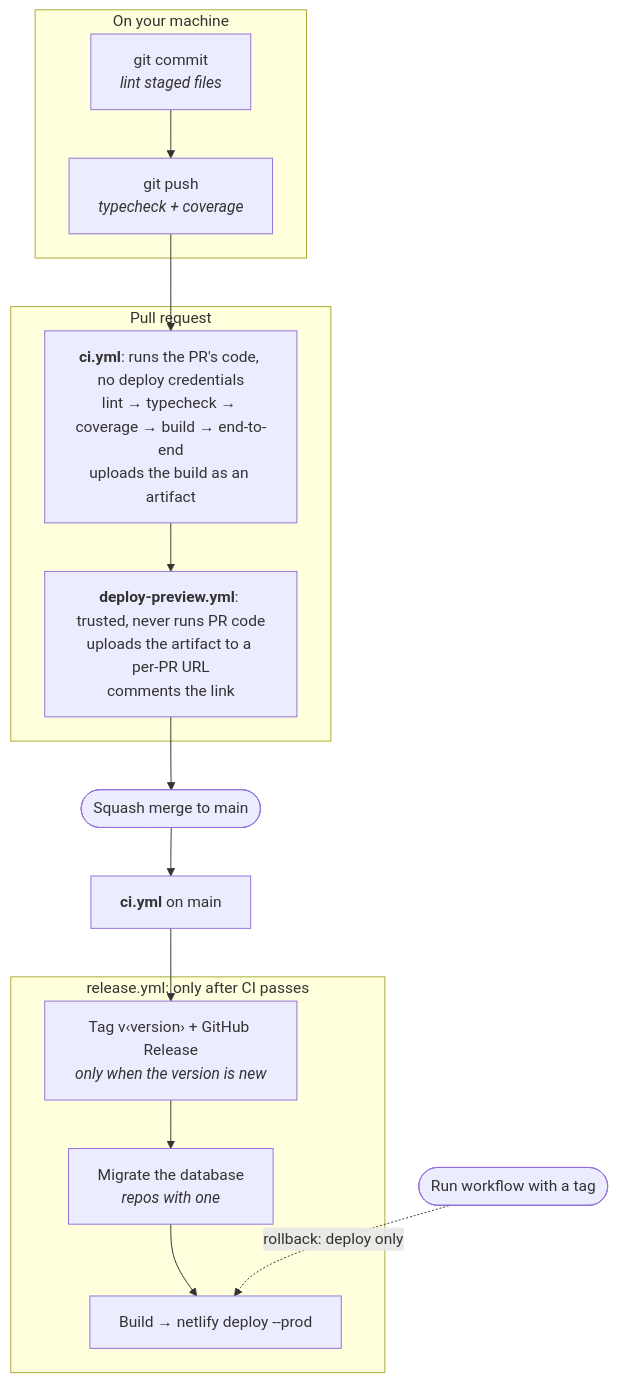
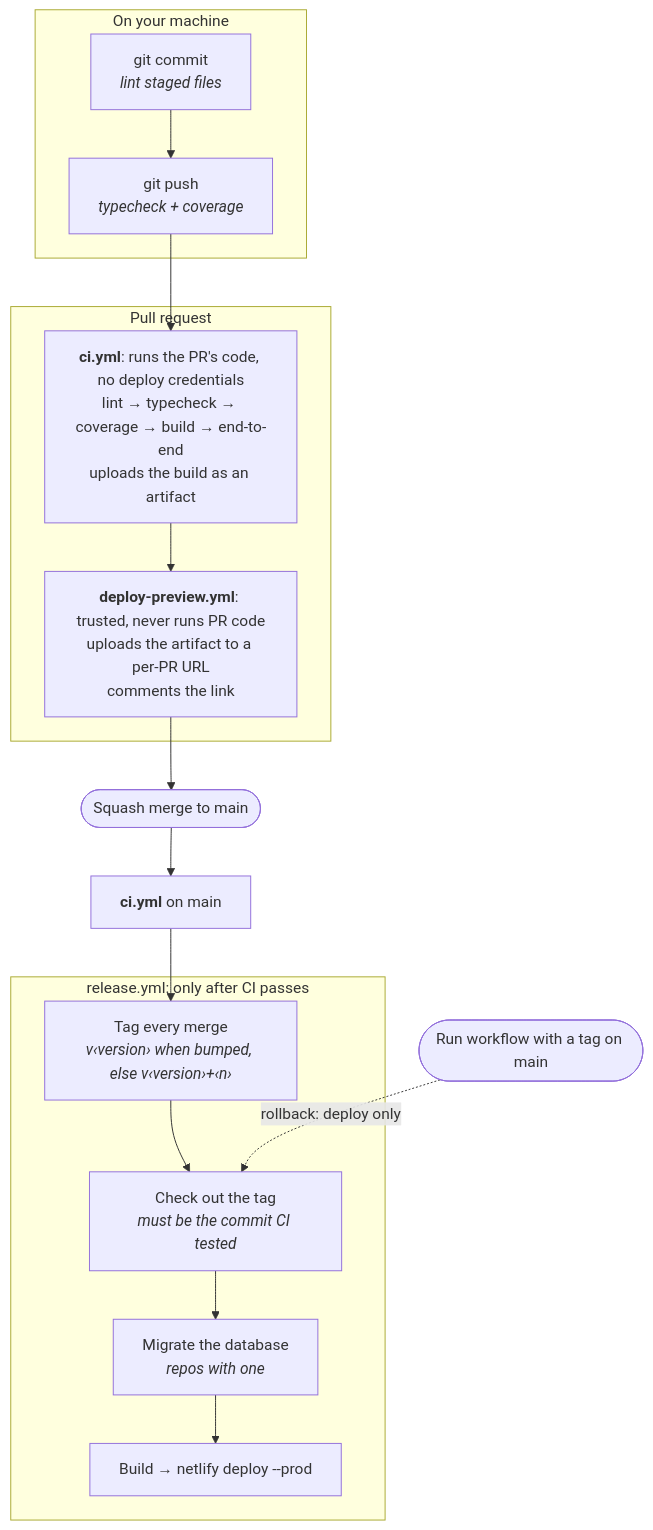
One commit to qiheme/handbook changed the diagram in standards/ci-cd.md. Above: the diagram before and after it, drawn with Mermaid. The commit also changed other lines of this file and 9 other files, not shown here.

First line of the commit message:
docs(ci-cd): tag every merge and deploy production only from the tag (#7) (#8)

````diff
--- a/standards/ci-cd.md
+++ b/standards/ci-cd.md
@@ -7,26 +7,27 @@
 ```mermaid
 flowchart TB
     subgraph local["On your machine"]
         commit["git commit<br/><i>lint staged files</i>"] --> push["git push<br/><i>typecheck + coverage</i>"]
     end
 
     push --> ci
 
     subgraph pr["Pull request"]
         ci["<b>ci.yml</b>: runs the PR's code, no deploy credentials<br/>lint → typecheck → coverage → build → end-to-end<br/>uploads the build as an artifact"]
         ci --> preview["<b>deploy-preview.yml</b>: trusted, never runs PR code<br/>uploads the artifact to a per-PR URL<br/>comments the link"]
     end
 
     preview --> merge(["Squash merge to main"])
     merge --> ci2["<b>ci.yml</b> on main"]
 
     subgraph rel["release.yml: only after CI passes"]
-        tag["Tag v‹version› + GitHub Release<br/><i>only when the version is new</i>"]
+        tag["Tag every merge<br/><i>v‹version› when bumped, else v‹version›+‹n›</i>"]
+        check["Check out the tag<br/><i>must be the commit CI tested</i>"]
         migrate["Migrate the database<br/><i>repos with one</i>"]
         deploy["Build → netlify deploy --prod"]
-        tag --> migrate --> deploy
+        tag --> check --> migrate --> deploy
     end
 
     ci2 --> tag
-    manual(["Run workflow with a tag"]) -.->|"rollback: deploy only"| deploy
+    manual(["Run workflow with a tag on main"]) -.->|"rollback: deploy only"| check
 ```
````
